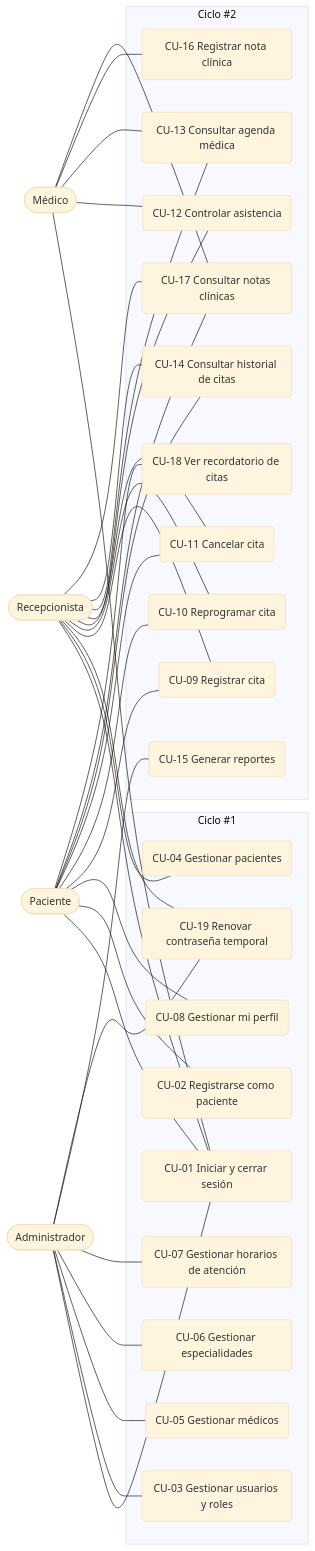
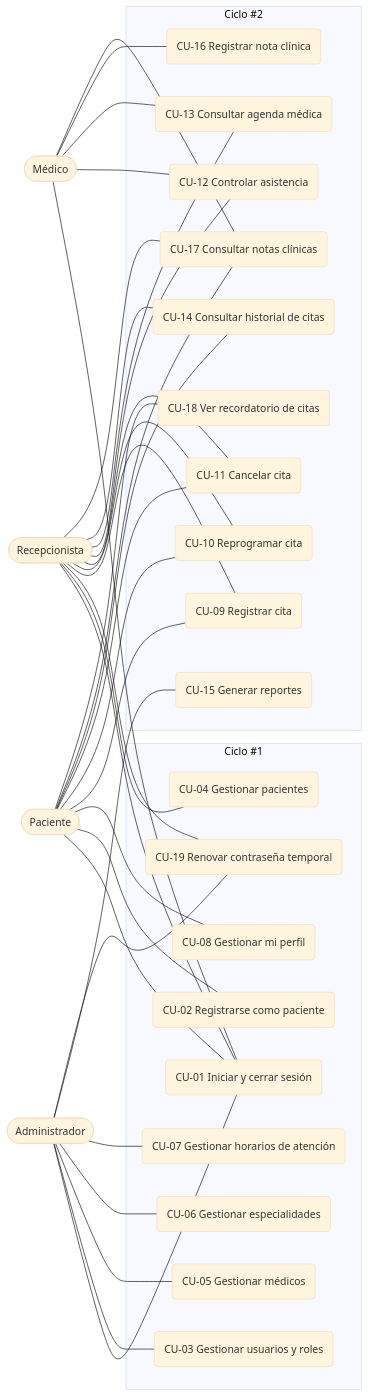
The third of 15 diagrams in documento/Informe-Final.md (Einarpd26/2do-examen-ing-requisitos), drawn with Mermaid (base theme) before and after one commit. The commit also changed other lines of this file, not shown here.

Commit message:
docs(diagramas): corregir etiquetas cortadas y saltos de linea en los diagramas Mermaid y ajustar el ancho de los de secuencia

````diff
--- a/documento/Informe-Final.md
+++ b/documento/Informe-Final.md
@@ -406,37 +408,38 @@
 ```mermaid
+%%{init: {"flowchart": {"wrappingWidth": 320}}}%%
 flowchart LR
     Admin([Administrador])
     Recep([Recepcionista])
     Medico([Médico])
     Pac([Paciente])
 
     subgraph C1["Ciclo #1"]
         CU01(CU-01 Iniciar y cerrar sesión)
         CU02(CU-02 Registrarse como paciente)
         CU03(CU-03 Gestionar usuarios y roles)
         CU04(CU-04 Gestionar pacientes)
         CU05(CU-05 Gestionar médicos)
         CU06(CU-06 Gestionar especialidades)
         CU07(CU-07 Gestionar horarios de atención)
         CU08(CU-08 Gestionar mi perfil)
         CU19(CU-19 Renovar contraseña temporal)
     end
 
     subgraph C2["Ciclo #2"]
         CU09(CU-09 Registrar cita)
         CU10(CU-10 Reprogramar cita)
         CU11(CU-11 Cancelar cita)
         CU12(CU-12 Controlar asistencia)
         CU13(CU-13 Consultar agenda médica)
         CU14(CU-14 Consultar historial de citas)
         CU15(CU-15 Generar reportes)
         CU16(CU-16 Registrar nota clínica)
         CU17(CU-17 Consultar notas clínicas)
         CU18(CU-18 Ver recordatorio de citas)
     end
 
     Admin --- CU01 & CU03 & CU05 & CU06 & CU07 & CU15 & CU19
     Recep --- CU01 & CU04 & CU19 & CU09 & CU10 & CU11 & CU12 & CU13 & CU14 & CU17
     Medico --- CU01 & CU12 & CU13 & CU16 & CU17
     Pac --- CU01 & CU02 & CU08 & CU09 & CU10 & CU11 & CU14 & CU17 & CU18
 ```
````
